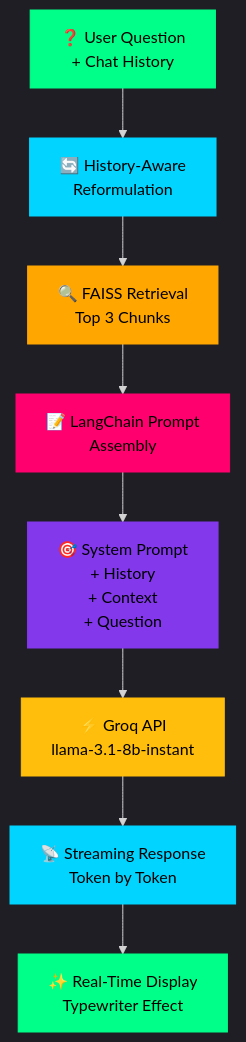
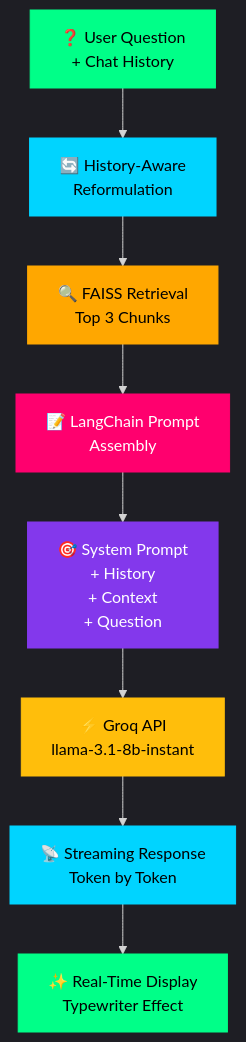
The third of 3 diagrams in README.md (farazmirzax/ContextAI), drawn with Mermaid before and after one commit. The commit also changed other lines of this file, not shown here.

````diff
--- a/README.md
+++ b/README.md
@@ -88,20 +88,20 @@
 ```mermaid
 %%{init: {'theme':'dark'}}%%
 graph TD
     A["❓ User Question<br/>+ Chat History"] --> B["🔄 History-Aware<br/>Reformulation"]
     B --> C["🔍 FAISS Retrieval<br/>Top 3 Chunks"]
     C --> D["📝 LangChain Prompt<br/>Assembly"]
     D --> E["🎯 System Prompt<br/>+ History<br/>+ Context<br/>+ Question"]
     E --> F["⚡ Groq API<br/>llama-3.1-8b-instant"]
     F --> G["📡 Streaming Response<br/>Token by Token"]
     G --> H["✨ Real-Time Display<br/>Typewriter Effect"]
     
     style A fill:#00ff88,stroke:#00ff88,color:#000
     style B fill:#00d4ff,stroke:#00d4ff,color:#000
     style C fill:#ffa700,stroke:#ffa700,color:#000
-    style D fill:#ff006e,stroke:#ff006e,color:#000
-    style E fill:#8338ec,stroke:#8338ec,color:#000
+    style D fill:#ff006e,stroke:#ff006e,color:#fff
+    style E fill:#8338ec,stroke:#8338ec,color:#fff
     style F fill:#ffbe0b,stroke:#ffbe0b,color:#000
     style G fill:#00d4ff,stroke:#00d4ff,color:#000
     style H fill:#00ff88,stroke:#00ff88,color:#000
 ```
````
